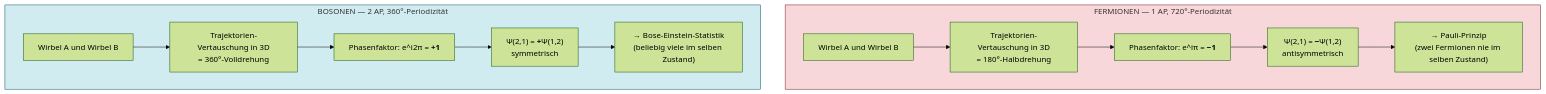
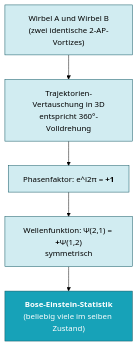
Before and after one commit to da-Franze/RFT-Physik-Projekt: the fourth of 4 diagrams in de/docs/v3_konsolidierung/RFT_v3_016_Spin_Topologie.md, drawn with Mermaid (forest theme). The commit also changed other lines of this file, not shown here.

Commit message:
RFT_v3_016 §6.2: Spin-Statistik-Diagramme untereinander statt nebeneinander
Franz-Feedback 2026-05-07: "Die beiden Blöcke nicht nebeneinander, sondern
untereinander stehen würden. Die Anzeige macht sie sehr klein."

ALT: Ein Mermaid-Block mit zwei subgraphs (FERM + BOSO) — Mermaid rendert
auto nebeneinander, daher klein.

NEU: Zwei separate Mermaid-Blöcke mit Header "FERMIONEN" / "BOSONEN" —
jeder Block volle Breite, untereinander gerendert, größer lesbar.

Inhalt unverändert, nur Layout-Verbesserung.

````diff
--- a/de/docs/v3_konsolidierung/RFT_v3_016_Spin_Topologie.md
+++ b/de/docs/v3_konsolidierung/RFT_v3_016_Spin_Topologie.md
@@ -689,23 +709,15 @@
 ```mermaid
 flowchart TB
-    subgraph FERM [FERMIONEN — 1 AP, 720°-Periodizität]
-        F1["Wirbel A und Wirbel B"]
-        F2["Trajektorien-Vertauschung in 3D<br/>= 180°-Halbdrehung"]
-        F3["Phasenfaktor: e^iπ = <b>−1</b>"]
-        F4["Ψ(2,1) = <b>−</b>Ψ(1,2)<br/>antisymmetrisch"]
-        F5["→ Pauli-Prinzip<br/>(zwei Fermionen nie im selben Zustand)"]
-        F1 --> F2 --> F3 --> F4 --> F5
-    end
+    B1["Wirbel A und Wirbel B<br/>(zwei identische 2-AP-Vortizes)"]
+    B2["Trajektorien-Vertauschung in 3D<br/>entspricht 360°-Volldrehung"]
+    B3["Phasenfaktor: e^i2π = <b>+1</b>"]
+    B4["Wellenfunktion: Ψ(2,1) = <b>+</b>Ψ(1,2)<br/>symmetrisch"]
+    B5["<b>Bose-Einstein-Statistik</b><br/>(beliebig viele im selben Zustand)"]
+    B1 --> B2 --> B3 --> B4 --> B5
     
-    subgraph BOSO [BOSONEN — 2 AP, 360°-Periodizität]
-        B1["Wirbel A und Wirbel B"]
-        B2["Trajektorien-Vertauschung in 3D<br/>= 360°-Volldrehung"]
-        B3["Phasenfaktor: e^i2π = <b>+1</b>"]
-        B4["Ψ(2,1) = <b>+</b>Ψ(1,2)<br/>symmetrisch"]
-        B5["→ Bose-Einstein-Statistik<br/>(beliebig viele im selben Zustand)"]
-        B1 --> B2 --> B3 --> B4 --> B5
-    end
-    
-    style FERM fill:#f8d7da,stroke:#721c24
-    style BOSO fill:#d1ecf1,stroke:#0c5460
+    style B1 fill:#d1ecf1,stroke:#0c5460
+    style B2 fill:#d1ecf1,stroke:#0c5460
+    style B3 fill:#d1ecf1,stroke:#0c5460
+    style B4 fill:#d1ecf1,stroke:#0c5460
+    style B5 fill:#17a2b8,stroke:#0c5460,color:#fff
 ```
````
